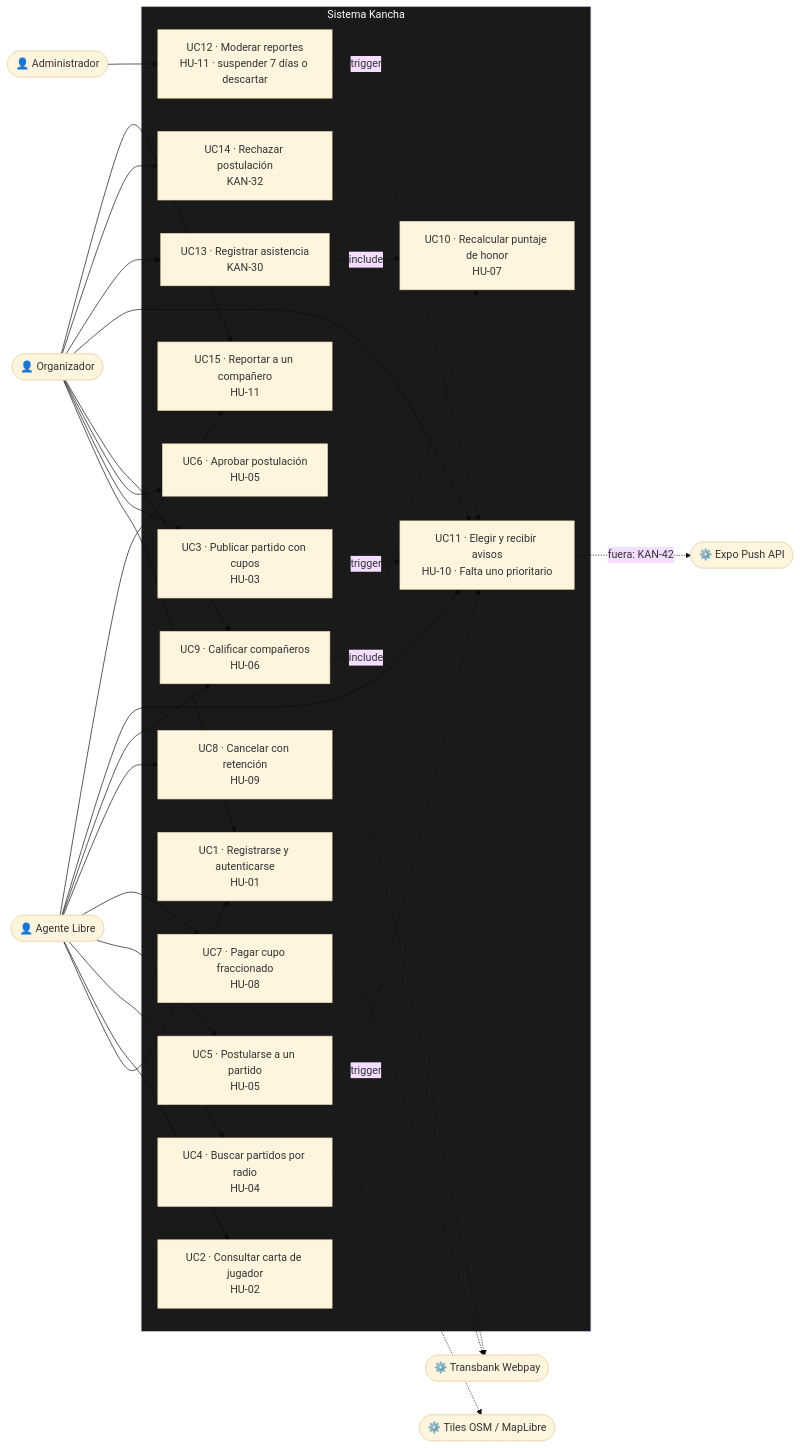
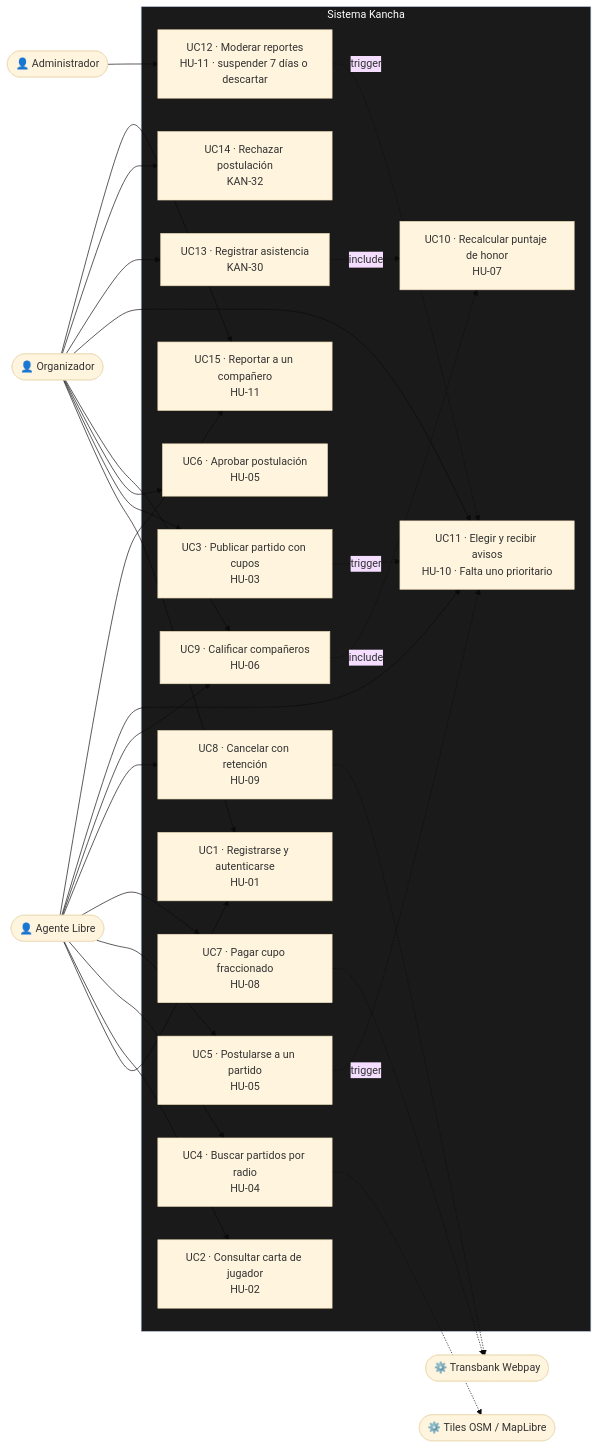
The diagram in fase-2-desarrollo/docs/diagramas/casos-de-uso.mmd (avenaaaa/KANCHA), drawn with Mermaid (base theme) before and after one commit. The commit also changed 33 other files, not shown here.

First line of the commit message:
chore: se descartan KAN-42 (push) y HU-12 (Oneclick) (KAN-23)

```diff
--- a/fase-2-desarrollo/docs/diagramas/casos-de-uso.mmd
+++ b/fase-2-desarrollo/docs/diagramas/casos-de-uso.mmd
@@ -1,41 +1,39 @@
 flowchart LR
     AL(["👤 Agente Libre"])
     OR(["👤 Organizador"])
     AD(["👤 Administrador"])
     TBK(["⚙️ Transbank Webpay"])
-    PUSH(["⚙️ Expo Push API"])
     MAP(["⚙️ Tiles OSM / MapLibre"])
 
     subgraph KANCHA["Sistema Kancha"]
         UC1["UC1 · Registrarse y autenticarse<br/>HU-01"]
         UC2["UC2 · Consultar carta de jugador<br/>HU-02"]
         UC3["UC3 · Publicar partido con cupos<br/>HU-03"]
         UC4["UC4 · Buscar partidos por radio<br/>HU-04"]
         UC5["UC5 · Postularse a un partido<br/>HU-05"]
         UC6["UC6 · Aprobar postulación<br/>HU-05"]
         UC7["UC7 · Pagar cupo fraccionado<br/>HU-08"]
         UC8["UC8 · Cancelar con retención<br/>HU-09"]
         UC9["UC9 · Calificar compañeros<br/>HU-06"]
         UC10["UC10 · Recalcular puntaje de honor<br/>HU-07"]
         UC11["UC11 · Elegir y recibir avisos<br/>HU-10 · Falta uno prioritario"]
         UC12["UC12 · Moderar reportes<br/>HU-11 · suspender 7 días o descartar"]
         UC13["UC13 · Registrar asistencia<br/>KAN-30"]
         UC14["UC14 · Rechazar postulación<br/>KAN-32"]
         UC15["UC15 · Reportar a un compañero<br/>HU-11"]
     end
 
     AL --> UC1 & UC2 & UC4 & UC5 & UC7 & UC8 & UC9 & UC11 & UC15
     OR --> UC1 & UC3 & UC6 & UC9 & UC11 & UC13 & UC14 & UC15
     AD --> UC12
 
     UC7 -.-> TBK
     UC8 -.-> TBK
     UC9 -.->|"include"| UC10
     UC4 -.-> MAP
-    UC11 -.->|"fuera: KAN-42"| PUSH
     UC3 -.->|"trigger"| UC11
     UC5 -.->|"trigger"| UC11
     UC13 -.->|"include"| UC10
     UC12 -.->|"trigger"| UC11
 
     style KANCHA fill:#1A1A1A,color:#FFFFFF
```
